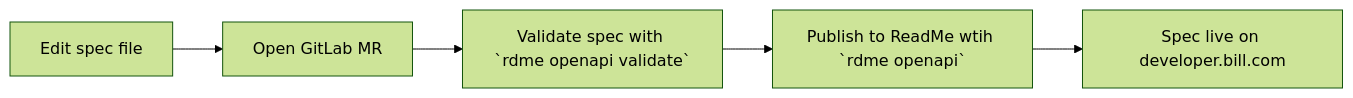
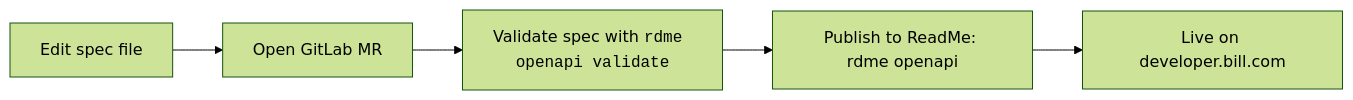
The diagram in src/content/docs/case-studies/bill/openapi-spec.mdx (127chetan/127chetan.github.io), drawn with Mermaid (forest theme) before and after one commit.

````diff
--- a/src/content/docs/case-studies/bill/openapi-spec.mdx
+++ b/src/content/docs/case-studies/bill/openapi-spec.mdx
@@ -67,7 +67,7 @@
 ```mermaid
 flowchart LR
     A[Edit spec file] --> B[Open GitLab MR]
-    B --> C[Validate spec with `rdme openapi validate`]
-    C --> D[Publish to ReadMe wtih `rdme openapi`]
-    D --> E[Spec live on developer.bill.com]
+    B --> C[Validate spec with <code>rdme openapi validate</code>]
+    C --> D[Publish to ReadMe: rdme openapi]
+    D --> E[Live on developer.bill.com]
 ```
````
